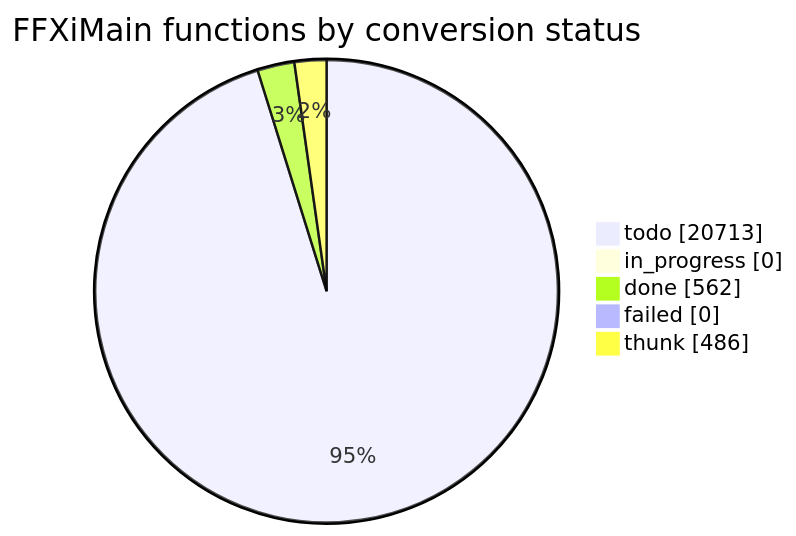
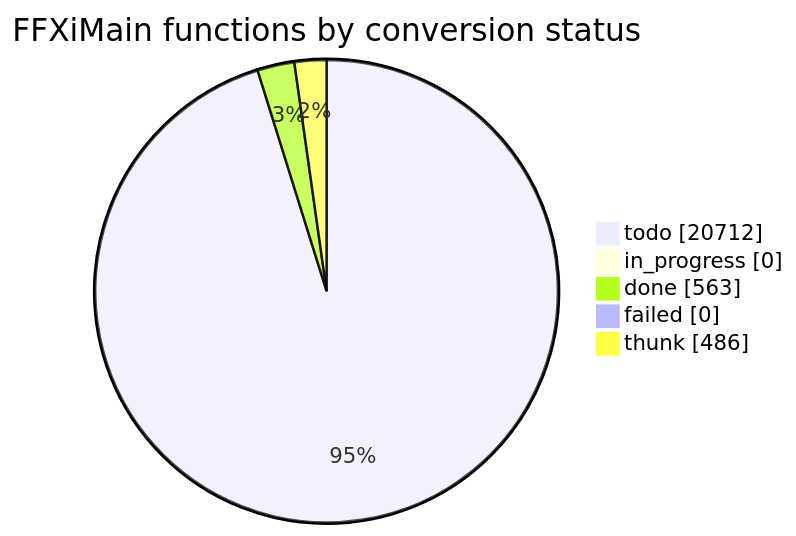
One commit to cowrevenge/cow_kuluu_xi_anything changed the diagram in docs/cow/STATUS.md. Above: the diagram before and after it, drawn with Mermaid. The commit also changed other lines of this file and 9 other files, not shown here.

````diff
--- a/docs/cow/STATUS.md
+++ b/docs/cow/STATUS.md
@@ -18,9 +18,9 @@
 ```mermaid
 pie showData
     title FFXiMain functions by conversion status
-    "todo" : 20713
+    "todo" : 20712
     "in_progress" : 0
-    "done" : 562
+    "done" : 563
     "failed" : 0
     "thunk" : 486
 ```
````
